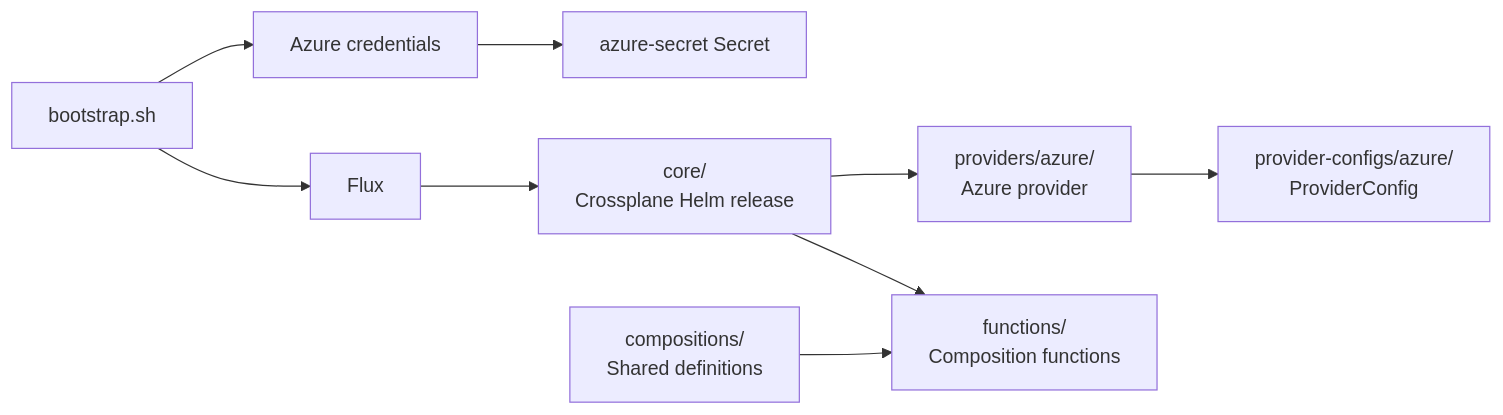
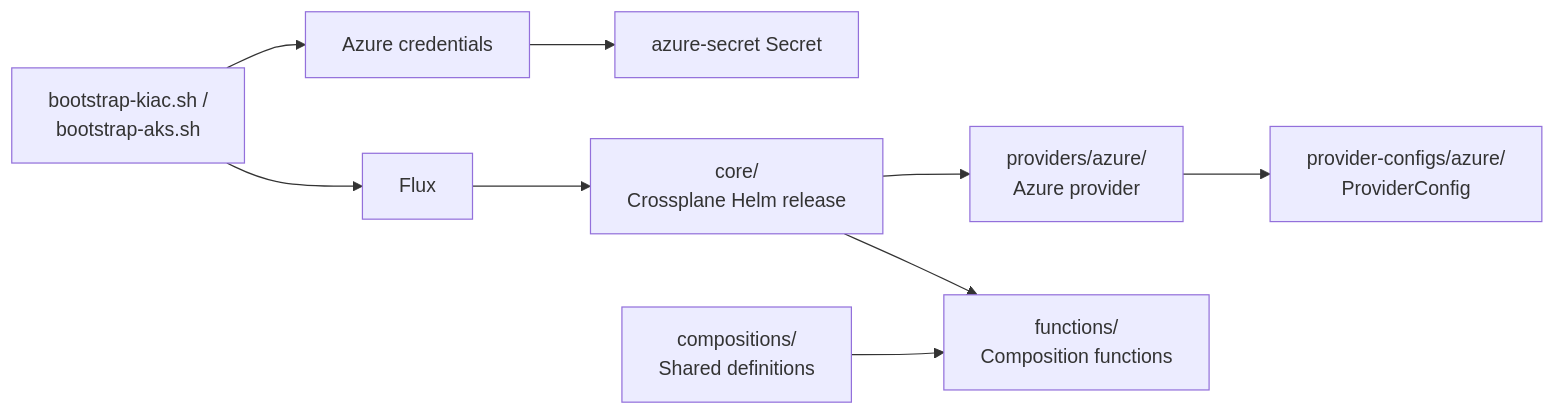
One commit to sjovang/azure-crossplane-demo changed the diagram in README.md. Above: the diagram before and after it, drawn with Mermaid. The commit also changed other lines of this file and 12 other files, not shown here.

First line of the commit message:
feat: add AKS cluster overlay with shared bootstrap/teardown scripts

````diff
--- a/README.md
+++ b/README.md
@@ -17,11 +18,11 @@
 ```mermaid
 flowchart LR
-   Bootstrap["bootstrap.sh"] --> Credentials["Azure credentials"]
+   Bootstrap["bootstrap-kiac.sh /<br/>bootstrap-aks.sh"] --> Credentials["Azure credentials"]
    Credentials --> Secret["azure-secret Secret"]
    Bootstrap --> Flux["Flux"]
    Flux --> Core["core/<br/>Crossplane Helm release"]
    Core --> Provider["providers/azure/<br/>Azure provider"]
    Provider --> Config["provider-configs/azure/<br/>ProviderConfig"]
    Core --> Functions["functions/<br/>Composition functions"]
    Compositions["compositions/<br/>Shared definitions"] --> Functions
 ```
````
